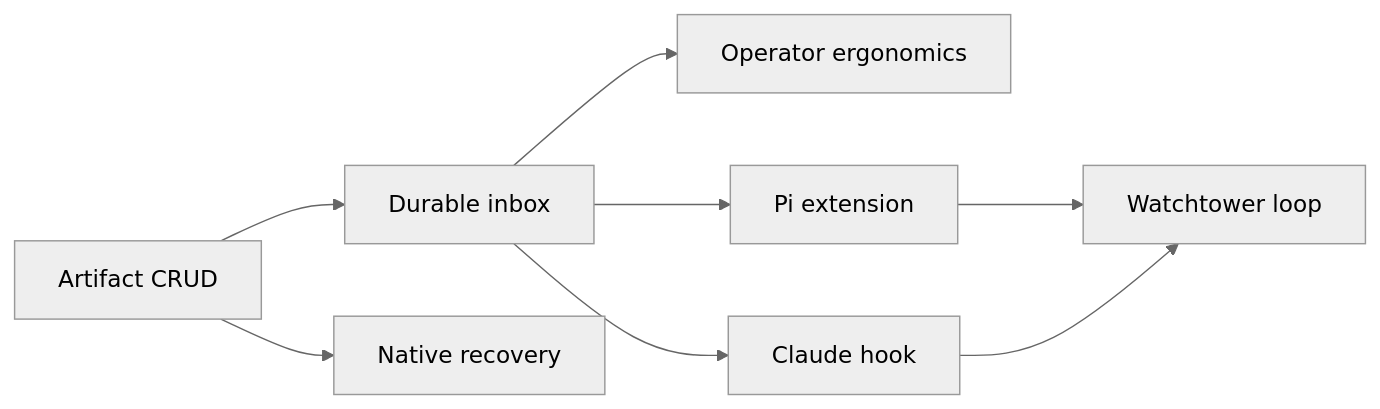
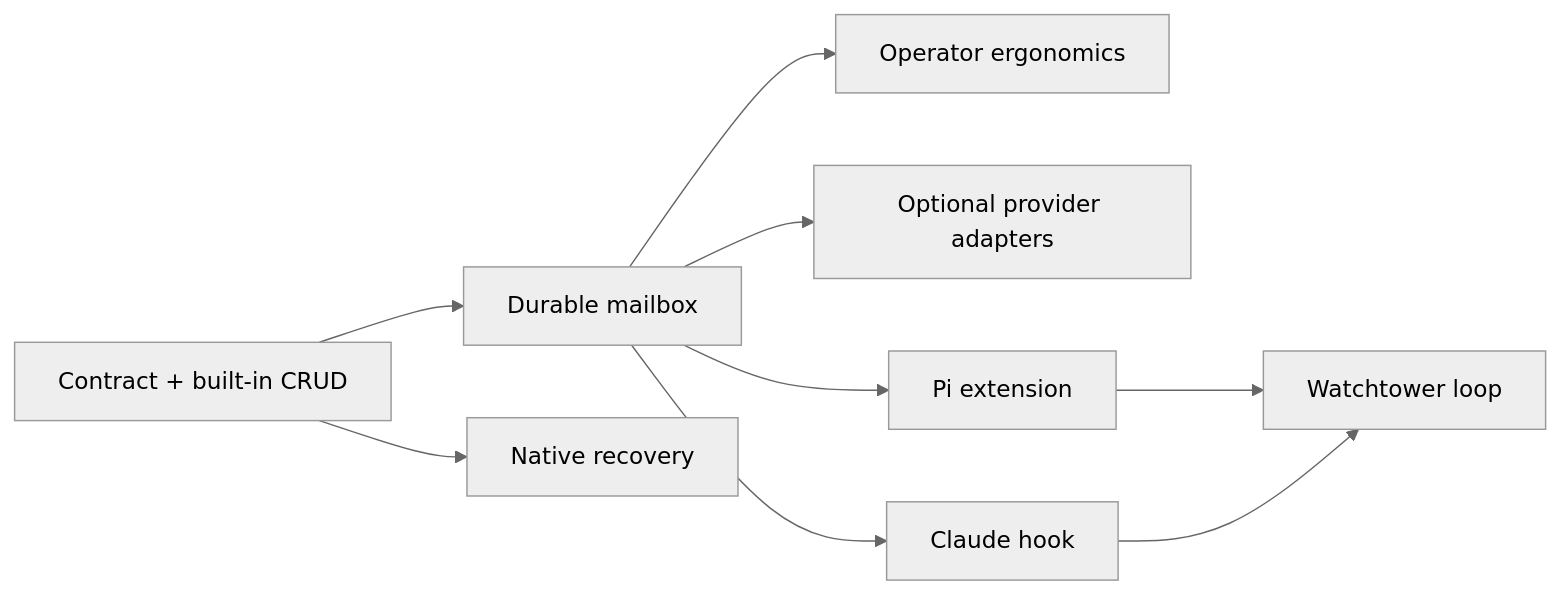
The diagram in docs/v0.x/execution/implementation-plan.md (odjhey/zxro), drawn with Mermaid (neutral theme) before and after one commit. The commit also changed other lines of this file and 8 other files, not shown here.

Commit message:
docs: define durable store provider contract (#3)

````diff
--- a/docs/v0.x/execution/implementation-plan.md
+++ b/docs/v0.x/execution/implementation-plan.md
@@ -47,10 +71,11 @@
 ```mermaid
 flowchart LR
-    A[Artifact CRUD] --> B[Durable inbox]
+    A[Contract + built-in CRUD] --> B[Durable mailbox]
     B --> C[Operator ergonomics]
     A --> D[Native recovery]
+    B --> P[Optional provider adapters]
     B --> E[Pi extension]
     B --> F[Claude hook]
     E --> G[Watchtower loop]
     F --> G
 ```
````
